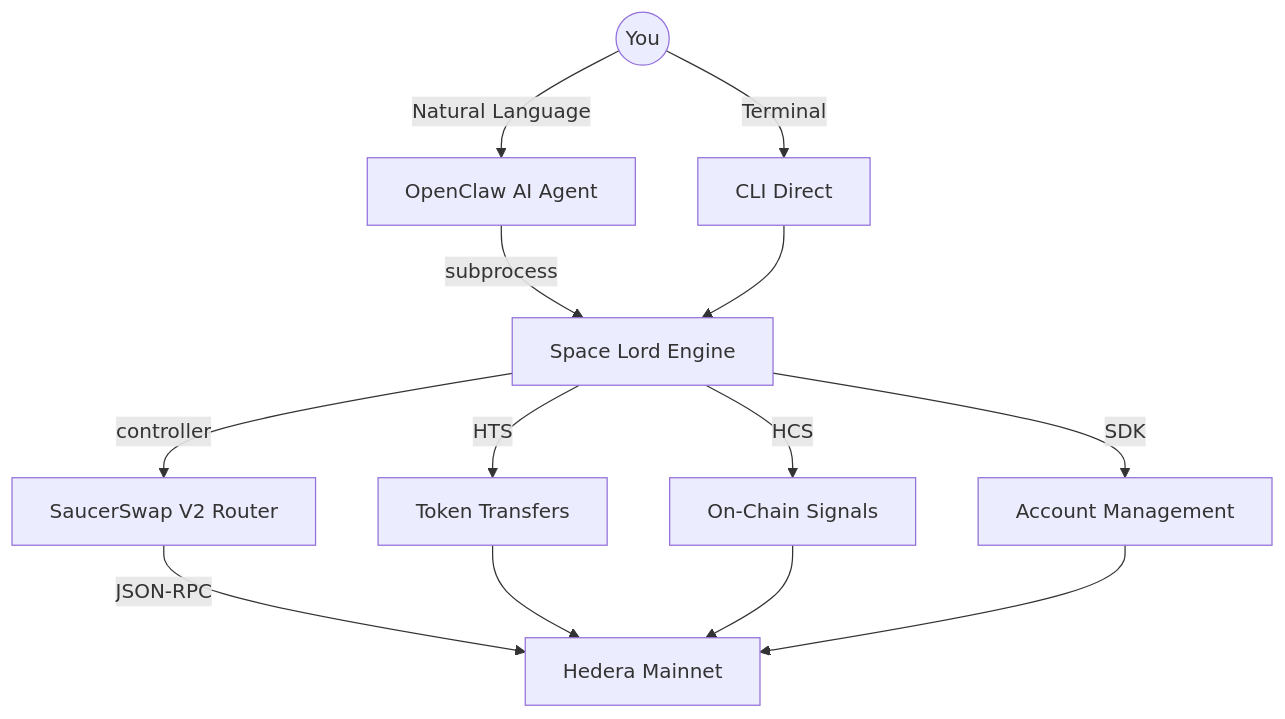
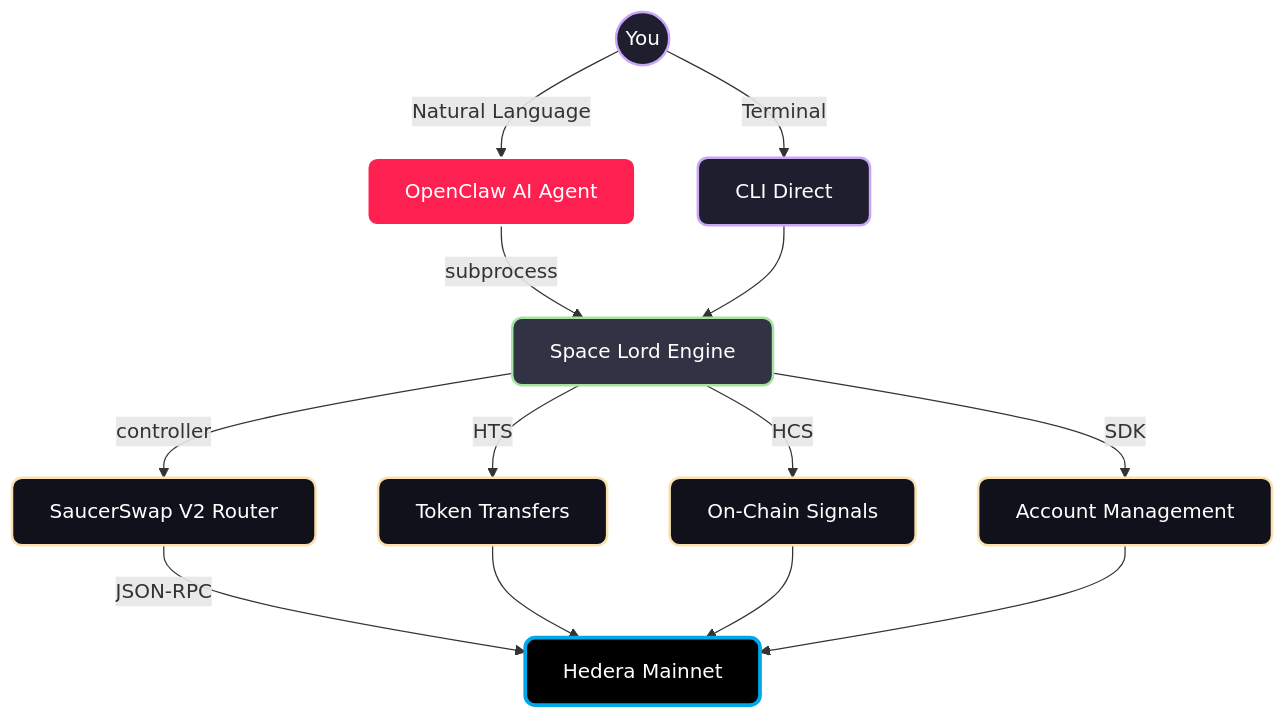
Before and after one commit to Chris0x88/spacelord: the diagram in README.md, drawn with Mermaid.

Commit message:
docs: Restore diagram colors and finalize UI descriptions

````diff
--- a/README.md
+++ b/README.md
@@ -63,18 +63,25 @@
 ```mermaid
 graph TD
-    User((You)) -->|Natural Language| Agent[OpenClaw AI Agent]
-    User -->|Terminal| CLI[CLI Direct]
+    %% Styling %%
+    classDef interface fill:#1e1e2e,stroke:#cba6f7,stroke-width:2px,color:#fff,rx:8,ry:8
+    classDef ai fill:#ff2052,stroke:#fff,stroke-width:2px,color:#fff,rx:8,ry:8
+    classDef engine fill:#313244,stroke:#a6e3a1,stroke-width:2px,color:#fff,rx:8,ry:8
+    classDef ext fill:#11111b,stroke:#f9e2af,stroke-width:2px,color:#fff,rx:8,ry:8
+    classDef hedera fill:#000000,stroke:#00a8e8,stroke-width:3px,color:#fff,rx:8,ry:8
 
-    Agent -->|subprocess| Engine[Space Lord Engine]
+    User((You)):::interface -->|Natural Language| Agent[OpenClaw AI Agent]:::ai
+    User -->|Terminal| CLI[CLI Direct]:::interface
+
+    Agent -->|subprocess| Engine[Space Lord Engine]:::engine
     CLI --> Engine
 
-    Engine -->|controller| Router[SaucerSwap V2 Router]
-    Engine -->|HTS| Tokens[Token Transfers]
-    Engine -->|HCS| Signals[On-Chain Signals]
-    Engine -->|SDK| Accounts[Account Management]
+    Engine -->|controller| Router[SaucerSwap V2 Router]:::ext
+    Engine -->|HTS| Tokens[Token Transfers]:::ext
+    Engine -->|HCS| Signals[On-Chain Signals]:::ext
+    Engine -->|SDK| Accounts[Account Management]:::ext
 
-    Router -->|JSON-RPC| Hedera[Hedera Mainnet]
+    Router -->|JSON-RPC| Hedera[Hedera Mainnet]:::hedera
     Tokens --> Hedera
     Signals --> Hedera
     Accounts --> Hedera
 ```
````
